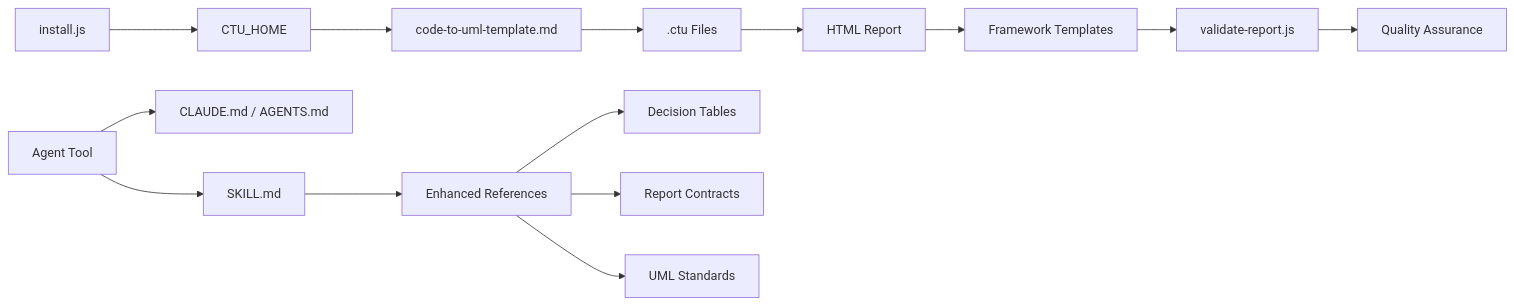
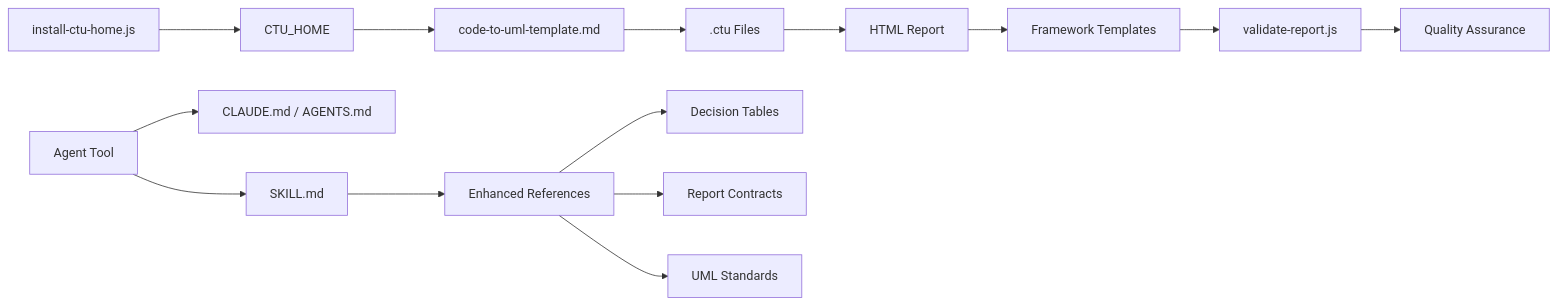
Before and after one commit to pingwurth/code-to-uml: the eighth of 8 diagrams in .qoder/repowiki/en/content/AI Agent Integration/AI Agent Integration.md, drawn with Mermaid. The commit also changed other lines of this file and 21 other files, not shown here.

Commit message:
chore(docs): 删除 Code-To-UML 介绍文档

````diff
--- a/.qoder/repowiki/en/content/AI Agent Integration/AI Agent Integration.md
+++ b/.qoder/repowiki/en/content/AI Agent Integration/AI Agent Integration.md
@@ -522,16 +526,16 @@
 ```mermaid
 graph LR
 Agent["Agent Tool"] --> SKILL["SKILL.md"]
 Agent --> Guides["CLAUDE.md / AGENTS.md"]
-Installer["install.js"] --> Env["CTU_HOME"]
+Installer["install-ctu-home.js"] --> Env["CTU_HOME"]
 Env --> Template["code-to-uml-template.md"]
 Template --> Data[".ctu Files"]
 Data --> HTML["HTML Report"]
 HTML --> Framework["Framework Templates"]
 Framework --> Validator["validate-report.js"]
 Validator --> Quality["Quality Assurance"]
 SKILL --> References["Enhanced References"]
 References --> Decision["Decision Tables"]
 References --> Contract["Report Contracts"]
 References --> Standards["UML Standards"]
 ```
````
